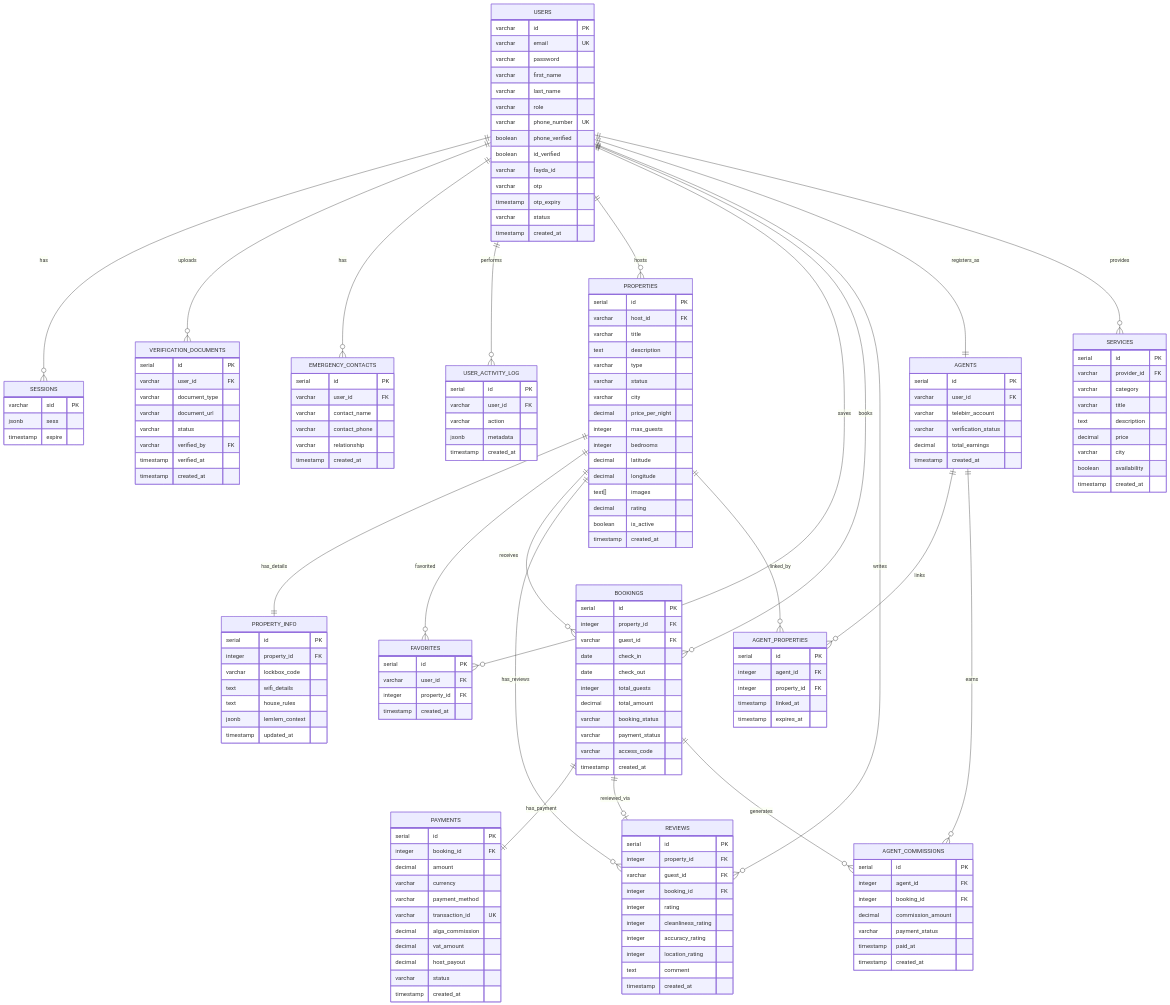
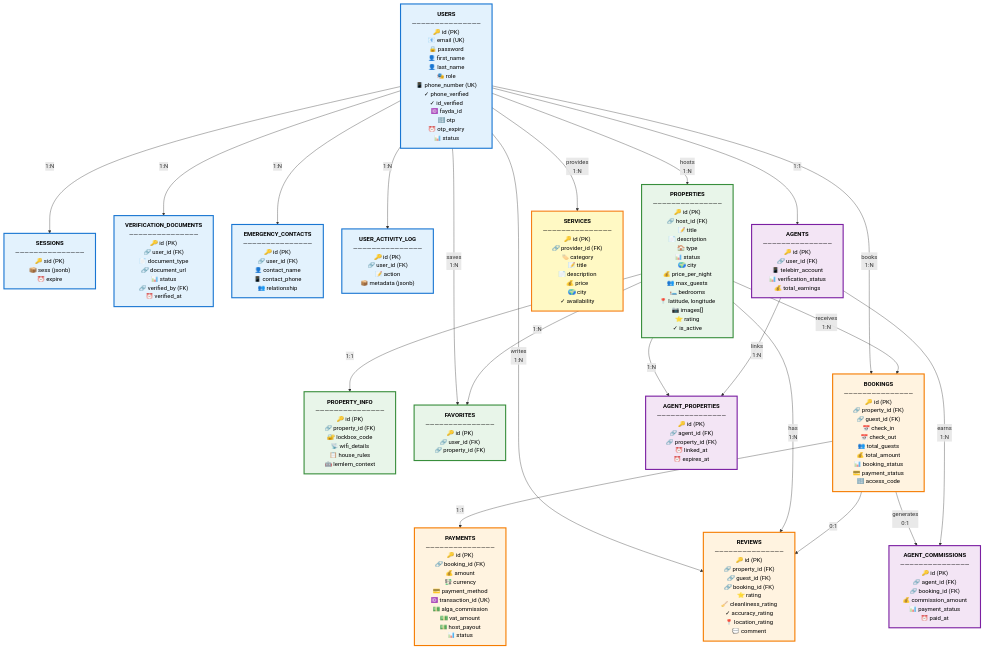
Before and after one commit to Alga-weyni/alga-app: the diagram in docs/diagrams/ERD_Database_Schema.md, drawn with Mermaid.

Commit message:
Update database ERD diagram to use sharp lines and new entities
Switches the diagram type from `erDiagram` to `flowchart TB` and introduces new entities like `PROPERTY_INFO` and `AMENITIES` to the `docs/diagrams/ERD_Database_Schema.md` file.

Replit-Commit-Author: Agent
Replit-Commit-Session-Id: 5a40a3e2-3211-4124-8e69-20c6d529a22a
Replit-Commit-Checkpoint-Type: full_checkpoint
Replit-Commit-Event-Id: 746ccb6a-50cf-45ea-9545-3f2def0d7fd1
Replit-Commit-Screenshot-Url: https://storage.googleapis.com/screenshot-production-us-central1/ce3a76da-b414-4186-9234-d3db2b65b94b/5a40a3e2-3211-4124-8e69-20c6d529a22a/JWWg9mR

````diff
--- a/docs/diagrams/ERD_Database_Schema.md
+++ b/docs/diagrams/ERD_Database_Schema.md
@@ -4,214 +4,96 @@
 ```mermaid
-erDiagram
+flowchart TB
     %% ========================================
-    %% CORE USER & AUTHENTICATION
+    %% CORE USER & AUTHENTICATION GROUP
     %% ========================================
     
-    USERS {
-        varchar id PK
-        varchar email UK
-        varchar password
-        varchar first_name
-        varchar last_name
-        varchar role
-        varchar phone_number UK
-        boolean phone_verified
-        boolean id_verified
-        varchar fayda_id
-        varchar otp
-        timestamp otp_expiry
-        varchar status
-        timestamp created_at
-    }
+    USERS["<b>USERS</b><br/>———————————————<br/>🔑 id (PK)<br/>📧 email (UK)<br/>🔒 password<br/>👤 first_name<br/>👤 last_name<br/>🎭 role<br/>📱 phone_number (UK)<br/>✓ phone_verified<br/>✓ id_verified<br/>🆔 fayda_id<br/>🔢 otp<br/>⏰ otp_expiry<br/>📊 status"]
     
-    SESSIONS {
-        varchar sid PK
-        jsonb sess
-        timestamp expire
-    }
+    SESSIONS["<b>SESSIONS</b><br/>———————————————<br/>🔑 sid (PK)<br/>📦 sess (jsonb)<br/>⏰ expire"]
     
-    VERIFICATION_DOCUMENTS {
-        serial id PK
-        varchar user_id FK
-        varchar document_type
-        varchar document_url
-        varchar status
-        varchar verified_by FK
-        timestamp verified_at
-        timestamp created_at
-    }
+    VERIFICATION_DOCS["<b>VERIFICATION_DOCUMENTS</b><br/>———————————————<br/>🔑 id (PK)<br/>🔗 user_id (FK)<br/>📄 document_type<br/>🔗 document_url<br/>📊 status<br/>🔗 verified_by (FK)<br/>⏰ verified_at"]
     
-    EMERGENCY_CONTACTS {
-        serial id PK
-        varchar user_id FK
-        varchar contact_name
-        varchar contact_phone
-        varchar relationship
-        timestamp created_at
-    }
+    EMERGENCY["<b>EMERGENCY_CONTACTS</b><br/>———————————————<br/>🔑 id (PK)<br/>🔗 user_id (FK)<br/>👤 contact_name<br/>📱 contact_phone<br/>👥 relationship"]
     
-    USER_ACTIVITY_LOG {
-        serial id PK
-        varchar user_id FK
-        varchar action
-        jsonb metadata
-        timestamp created_at
-    }
-    
-    USERS ||--o{ SESSIONS : has
-    USERS ||--o{ VERIFICATION_DOCUMENTS : uploads
-    USERS ||--o{ EMERGENCY_CONTACTS : has
-    USERS ||--o{ USER_ACTIVITY_LOG : performs
+    ACTIVITY_LOG["<b>USER_ACTIVITY_LOG</b><br/>———————————————<br/>🔑 id (PK)<br/>🔗 user_id (FK)<br/>📝 action<br/>📦 metadata (jsonb)"]
     
     %% ========================================
-    %% PROPERTY MANAGEMENT
+    %% PROPERTY MANAGEMENT GROUP
     %% ========================================
     
-    PROPERTIES {
-        serial id PK
-        varchar host_id FK
-        varchar title
-        text description
-        varchar type
-        varchar status
-        varchar city
-        decimal price_per_night
-        integer max_guests
-        integer bedrooms
-        decimal latitude
-        decimal longitude
-        text[] images
-        decimal rating
-        boolean is_active
-        timestamp created_at
-    }
+    PROPERTIES["<b>PROPERTIES</b><br/>———————————————<br/>🔑 id (PK)<br/>🔗 host_id (FK)<br/>📝 title<br/>📄 description<br/>🏠 type<br/>📊 status<br/>🌍 city<br/>💰 price_per_night<br/>👥 max_guests<br/>🛏️ bedrooms<br/>📍 latitude, longitude<br/>📷 images[]<br/>⭐ rating<br/>✓ is_active"]
     
-    PROPERTY_INFO {
-        serial id PK
-        integer property_id FK
-        varchar lockbox_code
-        text wifi_details
-        text house_rules
-        jsonb lemlem_context
-        timestamp updated_at
-    }
+    PROPERTY_INFO["<b>PROPERTY_INFO</b><br/>———————————————<br/>🔑 id (PK)<br/>🔗 property_id (FK)<br/>🔐 lockbox_code<br/>📡 wifi_details<br/>📋 house_rules<br/>🤖 lemlem_context"]
     
-    FAVORITES {
-        serial id PK
-        varchar user_id FK
-        integer property_id FK
-        timestamp created_at
-    }
-    
-    USERS ||--o{ PROPERTIES : hosts
-    PROPERTIES ||--|| PROPERTY_INFO : has_details
-    USERS ||--o{ FAVORITES : saves
-    PROPERTIES ||--o{ FAVORITES : favorited
+    FAVORITES["<b>FAVORITES</b><br/>———————————————<br/>🔑 id (PK)<br/>🔗 user_id (FK)<br/>🔗 property_id (FK)"]
     
     %% ========================================
-    %% BOOKING & PAYMENT FLOW
+    %% BOOKING & PAYMENT GROUP
     %% ========================================
     
-    BOOKINGS {
-        serial id PK
-        integer property_id FK
-        varchar guest_id FK
-        date check_in
-        date check_out
-        integer total_guests
-        decimal total_amount
-        varchar booking_status
-        varchar payment_status
-        varchar access_code
-        timestamp created_at
-    }
+    BOOKINGS["<b>BOOKINGS</b><br/>———————————————<br/>🔑 id (PK)<br/>🔗 property_id (FK)<br/>🔗 guest_id (FK)<br/>📅 check_in<br/>📅 check_out<br/>👥 total_guests<br/>💰 total_amount<br/>📊 booking_status<br/>💳 payment_status<br/>🔢 access_code"]
     
-    PAYMENTS {
-        serial id PK
-        integer booking_id FK
-        decimal amount
-        varchar currency
-        varchar payment_method
-        varchar transaction_id UK
-        decimal alga_commission
-        decimal vat_amount
-        decimal host_payout
-        varchar status
-        timestamp created_at
-    }
+    PAYMENTS["<b>PAYMENTS</b><br/>———————————————<br/>🔑 id (PK)<br/>🔗 booking_id (FK)<br/>💰 amount<br/>💱 currency<br/>💳 payment_method<br/>🆔 transaction_id (UK)<br/>💵 alga_commission<br/>💵 vat_amount<br/>💵 host_payout<br/>📊 status"]
     
-    REVIEWS {
-        serial id PK
-        integer property_id FK
-        varchar guest_id FK
-        integer booking_id FK
-        integer rating
-        integer cleanliness_rating
-        integer accuracy_rating
-        integer location_rating
-        text comment
-        timestamp created_at
-    }
-    
-    USERS ||--o{ BOOKINGS : books
-    PROPERTIES ||--o{ BOOKINGS : receives
-    BOOKINGS ||--|| PAYMENTS : has_payment
-    BOOKINGS ||--o| REVIEWS : reviewed_via
-    PROPERTIES ||--o{ REVIEWS : has_reviews
-    USERS ||--o{ REVIEWS : writes
+    REVIEWS["<b>REVIEWS</b><br/>———————————————<br/>🔑 id (PK)<br/>🔗 property_id (FK)<br/>🔗 guest_id (FK)<br/>🔗 booking_id (FK)<br/>⭐ rating<br/>🧹 cleanliness_rating<br/>✓ accuracy_rating<br/>📍 location_rating<br/>💬 comment"]
     
     %% ========================================
-    %% AGENT COMMISSION SYSTEM
+    %% AGENT COMMISSION GROUP
     %% ========================================
     
-    AGENTS {
-        serial id PK
-        varchar user_id FK
-        varchar telebirr_account
-        varchar verification_status
-        decimal total_earnings
-        timestamp created_at
-    }
+    AGENTS["<b>AGENTS</b><br/>———————————————<br/>🔑 id (PK)<br/>🔗 user_id (FK)<br/>📱 telebirr_account<br/>📊 verification_status<br/>💰 total_earnings"]
     
-    AGENT_PROPERTIES {
-        serial id PK
-        integer agent_id FK
-        integer property_id FK
-        timestamp linked_at
-        timestamp expires_at
-    }
+    AGENT_PROPS["<b>AGENT_PROPERTIES</b><br/>———————————————<br/>🔑 id (PK)<br/>🔗 agent_id (FK)<br/>🔗 property_id (FK)<br/>⏰ linked_at<br/>⏰ expires_at"]
     
-    AGENT_COMMISSIONS {
-        serial id PK
-        integer agent_id FK
-        integer booking_id FK
-        decimal commission_amount
-        varchar payment_status
-        timestamp paid_at
-        timestamp created_at
-    }
-    
-    USERS ||--|| AGENTS : registers_as
-    AGENTS ||--o{ AGENT_PROPERTIES : links
-    PROPERTIES ||--o{ AGENT_PROPERTIES : linked_by
-    AGENTS ||--o{ AGENT_COMMISSIONS : earns
-    BOOKINGS ||--o{ AGENT_COMMISSIONS : generates
+    AGENT_COMM["<b>AGENT_COMMISSIONS</b><br/>———————————————<br/>🔑 id (PK)<br/>🔗 agent_id (FK)<br/>🔗 booking_id (FK)<br/>💰 commission_amount<br/>📊 payment_status<br/>⏰ paid_at"]
     
     %% ========================================
     %% SERVICE MARKETPLACE
     %% ========================================
     
-    SERVICES {
-        serial id PK
-        varchar provider_id FK
-        varchar category
-        varchar title
-        text description
-        decimal price
-        varchar city
-        boolean availability
-        timestamp created_at
-    }
+    SERVICES["<b>SERVICES</b><br/>———————————————<br/>🔑 id (PK)<br/>🔗 provider_id (FK)<br/>🏷️ category<br/>📝 title<br/>📄 description<br/>💰 price<br/>🌍 city<br/>✓ availability"]
     
-    USERS ||--o{ SERVICES : provides
+    %% ========================================
+    %% RELATIONSHIPS (1-to-Many)
+    %% ========================================
+    
+    USERS -->|"1:N"| SESSIONS
+    USERS -->|"1:N"| VERIFICATION_DOCS
+    USERS -->|"1:N"| EMERGENCY
+    USERS -->|"1:N"| ACTIVITY_LOG
+    USERS -->|"hosts<br/>1:N"| PROPERTIES
+    USERS -->|"books<br/>1:N"| BOOKINGS
+    USERS -->|"writes<br/>1:N"| REVIEWS
+    USERS -->|"saves<br/>1:N"| FAVORITES
+    USERS -->|"1:1"| AGENTS
+    USERS -->|"provides<br/>1:N"| SERVICES
+    
+    PROPERTIES -->|"1:1"| PROPERTY_INFO
+    PROPERTIES -->|"1:N"| FAVORITES
+    PROPERTIES -->|"receives<br/>1:N"| BOOKINGS
+    PROPERTIES -->|"has<br/>1:N"| REVIEWS
+    PROPERTIES -->|"1:N"| AGENT_PROPS
+    
+    BOOKINGS -->|"1:1"| PAYMENTS
+    BOOKINGS -->|"0:1"| REVIEWS
+    BOOKINGS -->|"generates<br/>0:1"| AGENT_COMM
+    
+    AGENTS -->|"links<br/>1:N"| AGENT_PROPS
+    AGENTS -->|"earns<br/>1:N"| AGENT_COMM
+    
+    %% ========================================
+    %% STYLING
+    %% ========================================
+    
+    classDef userClass fill:#e3f2fd,stroke:#1976d2,stroke-width:3px,color:#000
+    classDef propertyClass fill:#e8f5e9,stroke:#388e3c,stroke-width:3px,color:#000
+    classDef bookingClass fill:#fff3e0,stroke:#f57c00,stroke-width:3px,color:#000
+    classDef agentClass fill:#f3e5f5,stroke:#7b1fa2,stroke-width:3px,color:#000
+    classDef serviceClass fill:#fff9c4,stroke:#f57f17,stroke-width:3px,color:#000
+    
+    class USERS,SESSIONS,VERIFICATION_DOCS,EMERGENCY,ACTIVITY_LOG userClass
+    class PROPERTIES,PROPERTY_INFO,FAVORITES propertyClass
+    class BOOKINGS,PAYMENTS,REVIEWS bookingClass
+    class AGENTS,AGENT_PROPS,AGENT_COMM agentClass
+    class SERVICES serviceClass
 ```
````
